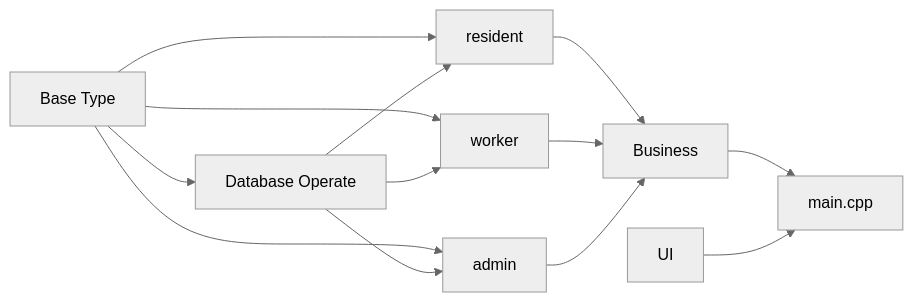
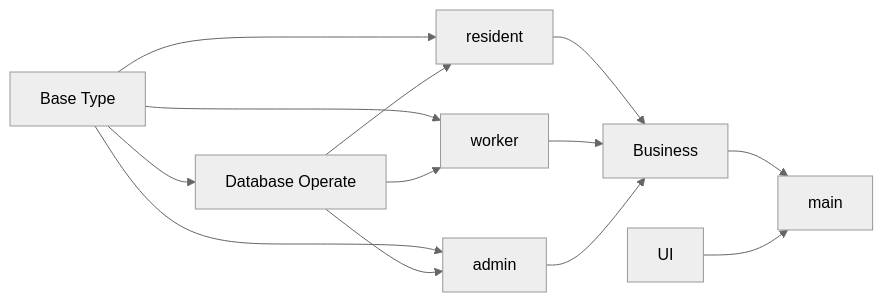
The diagram in readme.md (Rushyoung/properties_management), drawn with Mermaid (neutral theme) before and after one commit. The commit also changed other lines of this file and 1 other file, not shown here.

````diff
--- a/readme.md
+++ b/readme.md
@@ -6,15 +6,15 @@
 ```mermaid
 graph LR
 A["Base Type"] --> B["Database Operate"]
 A --> C["resident"]
 A --> D["worker"]
 A --> E["admin"]
 B --> C
 B --> D
 B --> E
 C --> F["Business"]
 D --> F
 E --> F
-F --> H["main.cpp"] 
+F --> H["main"]
 G["UI"] --> H
 ``` 
````
